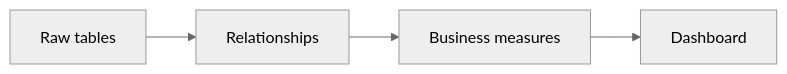
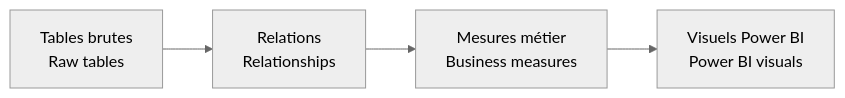
Before and after one commit to jeffersonkuku/powerbi-portfolio-projects: the diagram in powerbi-procurement-financial-control-tower/model/README.md, drawn with Mermaid (neutral theme). The commit also changed other lines of this file and 8 other files, not shown here.

````diff
--- a/powerbi-procurement-financial-control-tower/model/README.md
+++ b/powerbi-procurement-financial-control-tower/model/README.md
@@ -11,6 +5,6 @@
 ```mermaid
 flowchart LR
-    A[Raw tables] --> B[Relationships]
-    B --> C[Business measures]
-    C --> D[Dashboard]
+    A[Tables brutes<br/>Raw tables] --> B[Relations<br/>Relationships]
+    B --> C[Mesures métier<br/>Business measures]
+    C --> D[Visuels Power BI<br/>Power BI visuals]
 ```
````
